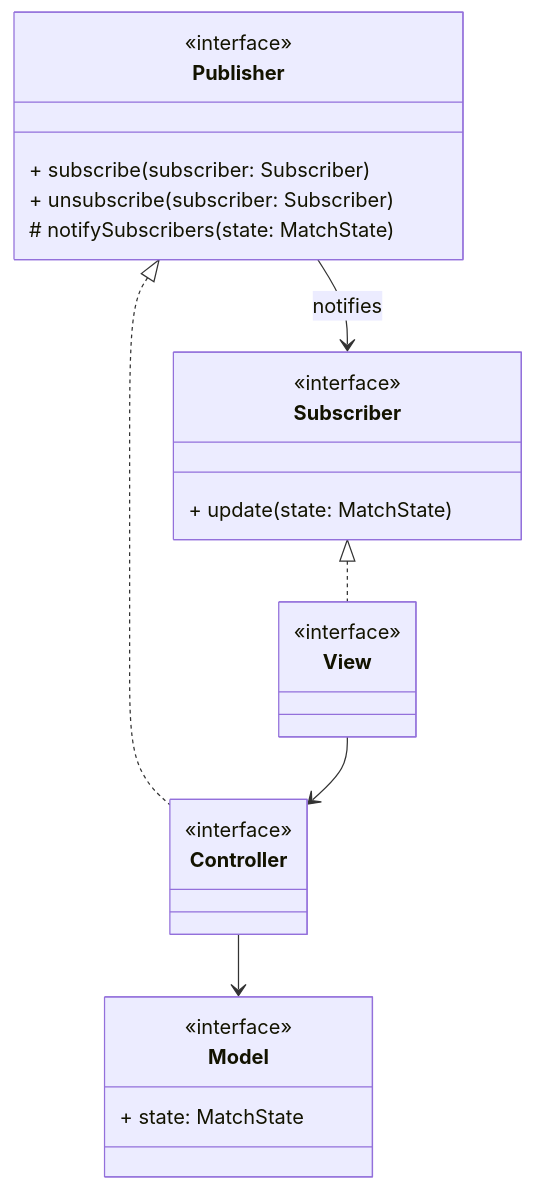
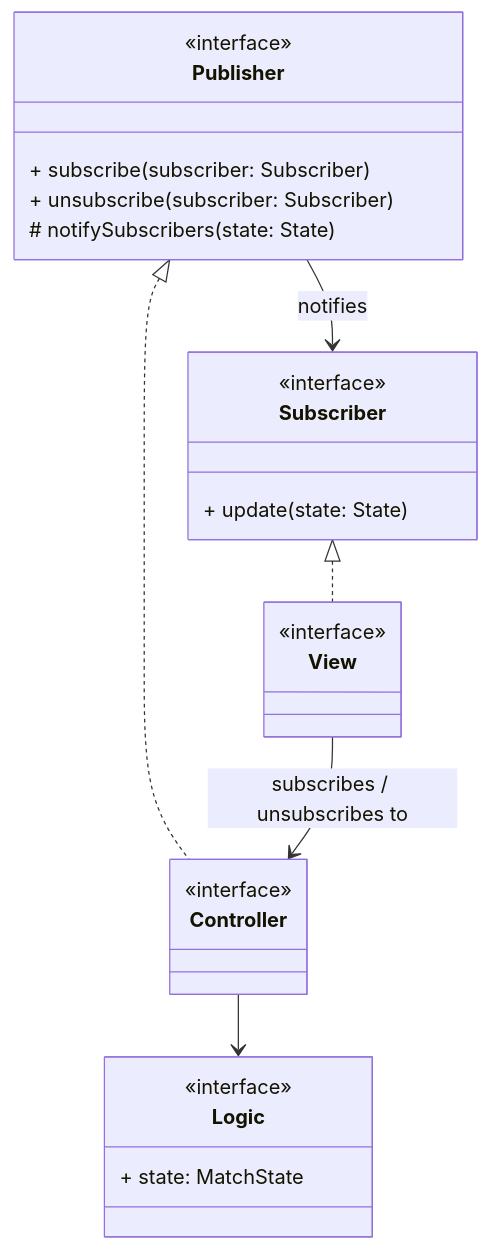
Diagram 12 of 12 in docs/report/4-detailed-design.md (Borgotto/PPS-25-scalatello), drawn with Mermaid before and after one commit. The commit also changed other lines of this file, not shown here.

Commit message:
update detailed design chapter

````diff
--- a/docs/report/4-detailed-design.md
+++ b/docs/report/4-detailed-design.md
@@ -346,29 +357,31 @@
 ```mermaid
 classDiagram
-    class Model {
-        <<interface>>
-        + state: MatchState
-    }
-    class Publisher {
-        <<interface>>
-        + subscribe(subscriber: Subscriber)
-        + unsubscribe(subscriber: Subscriber)
-        # notifySubscribers(state: MatchState)
-    }
-    class Controller {
-        <<interface>>
-    }
-    class Subscriber {
-        <<interface>>
-        + update(state: MatchState)
-    }
-    class View {
-        <<interface>>
-    }
+  class Publisher {
+    <<interface>>
+    + subscribe(subscriber: Subscriber)
+    + unsubscribe(subscriber: Subscriber)
+    # notifySubscribers(state: State)
+  }
+  class Subscriber {
+    <<interface>>
+    + update(state: State)
+  }
+  class Controller {
+    <<interface>>
+  }
+  class View {
+    <<interface>>
+  }
+  class Logic {
+    <<interface>>
+    + state: MatchState
+  }
 
-    Controller --> Model
-    Publisher --> Subscriber: notifies
-    Publisher <|.. Controller
-    Subscriber <|.. View
-    View --> Controller
+  Subscriber <|.. View
+  Publisher <|.. Controller
+
+  Publisher --> Subscriber: notifies
+
+  View --> Controller: subscribes / unsubscribes to
+  Controller --> Logic
 ```
````
